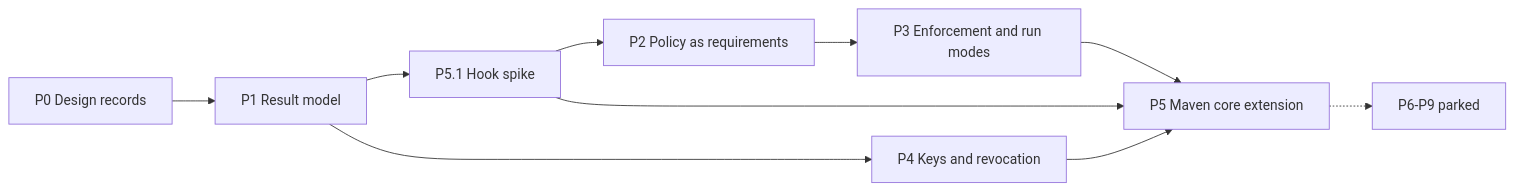
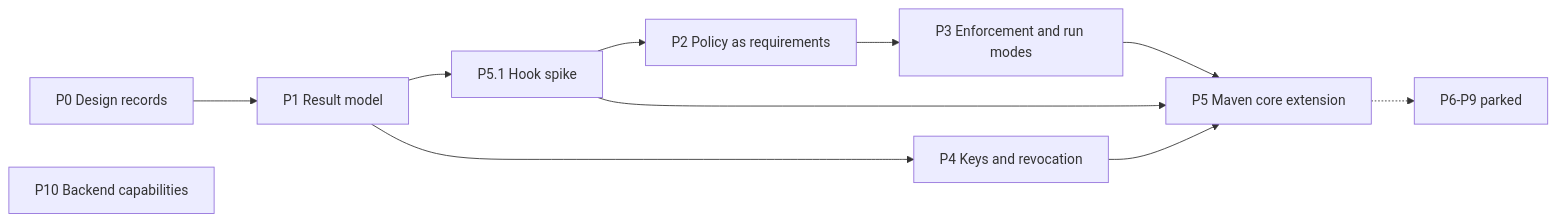
One commit to aloubyansky/sigmund changed the diagram in docs/sigmund-verification-roadmap.md. Above: the diagram before and after it, drawn with Mermaid. The commit also changed other lines of this file, not shown here.

Commit message:
Added to roadmap support for signing with both v4 and v6 by the same tool

````diff
--- a/docs/sigmund-verification-roadmap.md
+++ b/docs/sigmund-verification-roadmap.md
@@ -71,12 +71,13 @@
 ```mermaid
 flowchart LR
   P0[P0 Design records] --> P1[P1 Result model]
   P1 --> S[P5.1 Hook spike]
   S --> P2[P2 Policy as requirements]
   P2 --> P3[P3 Enforcement and run modes]
   P1 --> P4[P4 Keys and revocation]
   P3 --> P5[P5 Maven core extension]
   P4 --> P5
   S --> P5
   P5 -.-> X[P6-P9 parked]
+  B[P10 Backend capabilities]
 ```
````
